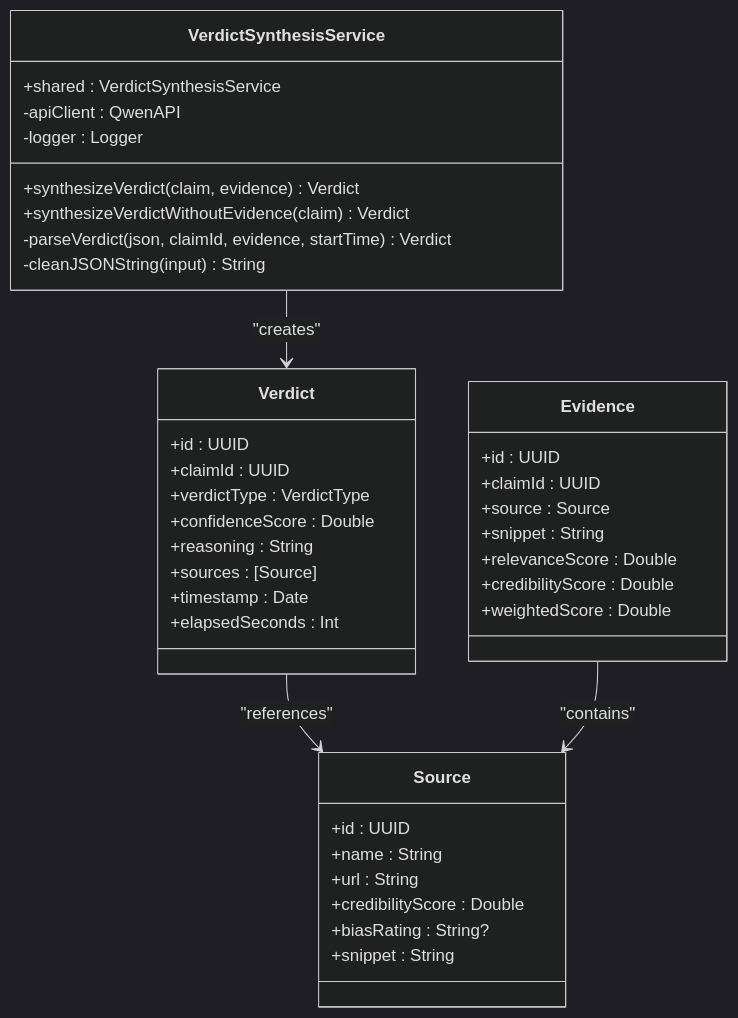
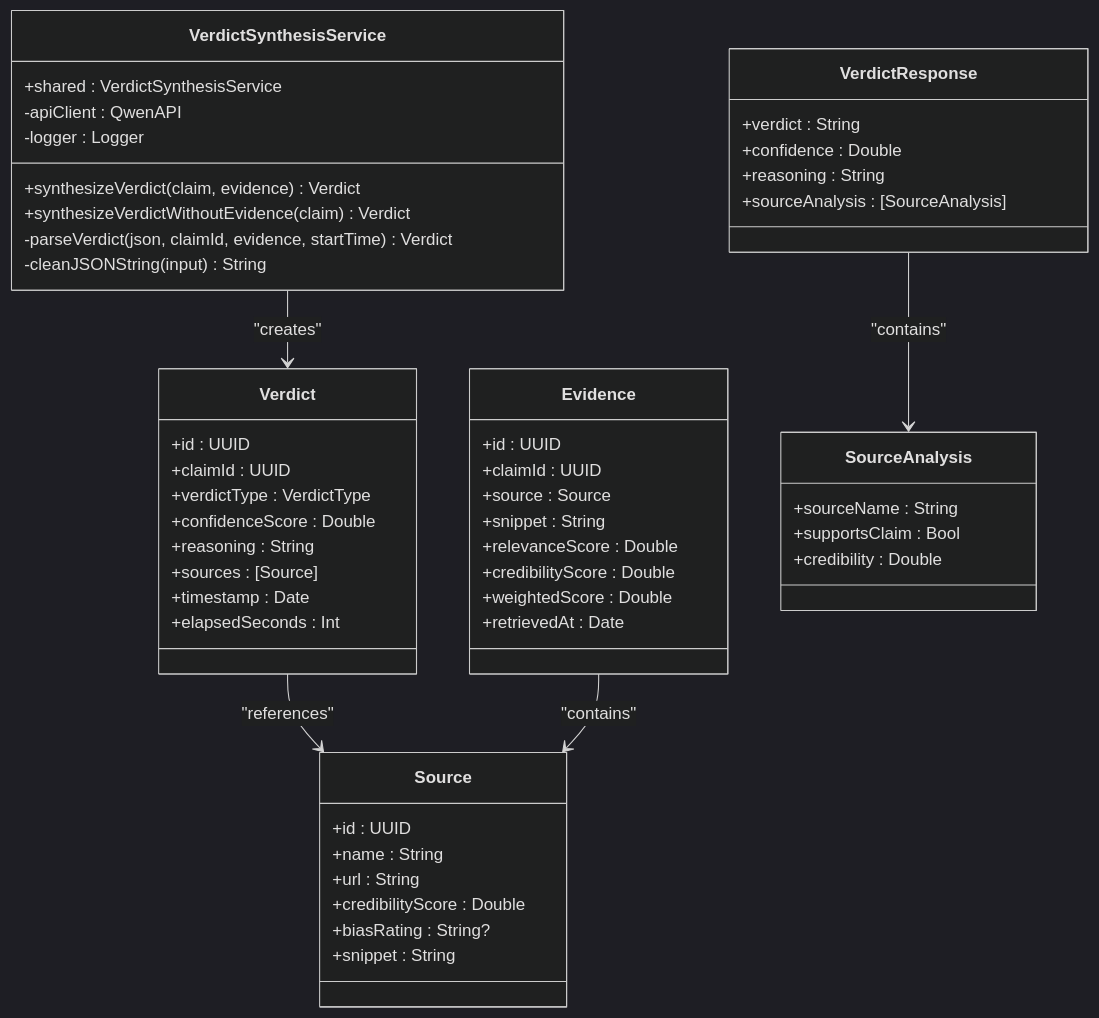
Before and after one commit to alexandreybasta-cyber/factshield-ios: the third of 4 diagrams in .qoder/repowiki/en/content/Core Services/Verdict Synthesis.md, drawn with Mermaid (dark theme). The commit also changed other lines of this file and 97 other files, not shown here.

````diff
--- a/.qoder/repowiki/en/content/Core Services/Verdict Synthesis.md
+++ b/.qoder/repowiki/en/content/Core Services/Verdict Synthesis.md
@@ -228,42 +241,55 @@
 ```mermaid
 classDiagram
 class VerdictSynthesisService {
 +shared : VerdictSynthesisService
 -apiClient : QwenAPI
 -logger : Logger
 +synthesizeVerdict(claim, evidence) Verdict
 +synthesizeVerdictWithoutEvidence(claim) Verdict
 -parseVerdict(json, claimId, evidence, startTime) Verdict
 -cleanJSONString(input) String
 }
 class Verdict {
 +id : UUID
 +claimId : UUID
 +verdictType : VerdictType
 +confidenceScore : Double
 +reasoning : String
 +sources : [Source]
 +timestamp : Date
 +elapsedSeconds : Int
 }
 class Evidence {
 +id : UUID
 +claimId : UUID
 +source : Source
 +snippet : String
 +relevanceScore : Double
 +credibilityScore : Double
 +weightedScore : Double
++retrievedAt : Date
 }
 class Source {
 +id : UUID
 +name : String
 +url : String
 +credibilityScore : Double
 +biasRating : String?
 +snippet : String
 }
+class VerdictResponse {
++verdict : String
++confidence : Double
++reasoning : String
++sourceAnalysis : [SourceAnalysis]
+}
+class SourceAnalysis {
++sourceName : String
++supportsClaim : Bool
++credibility : Double
+}
 VerdictSynthesisService --> Verdict : "creates"
 Verdict --> Source : "references"
 Evidence --> Source : "contains"
+VerdictResponse --> SourceAnalysis : "contains"
 ```
````
